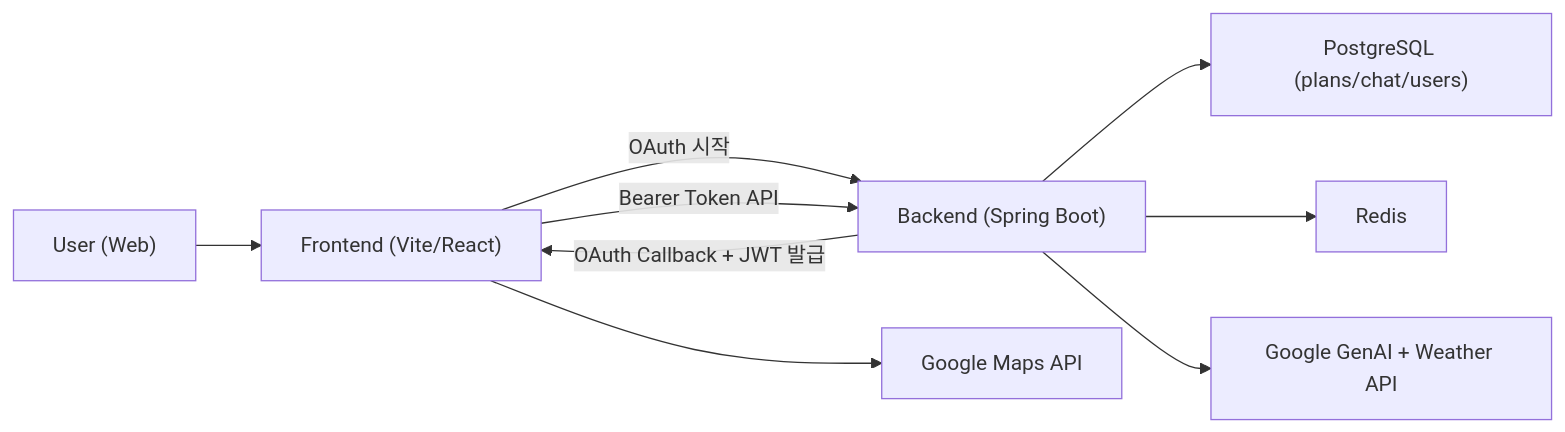
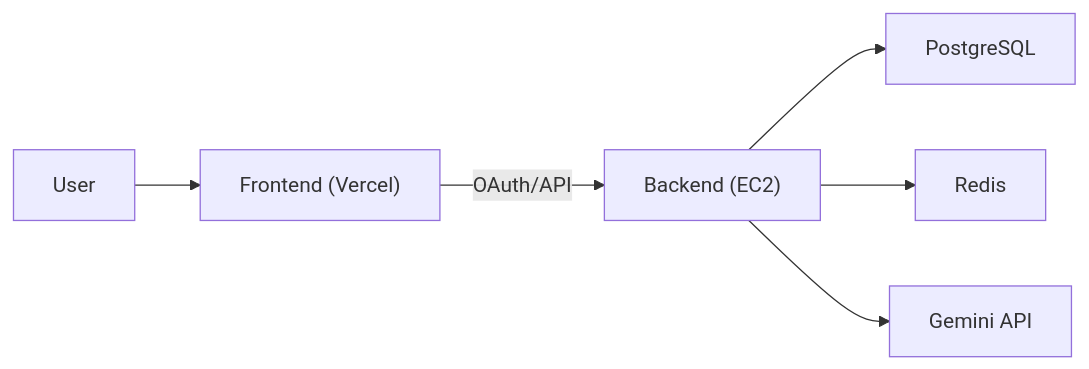
Before and after one commit to KHSBE/KHSBE-AIT: the diagram in README.md, drawn with Mermaid. The commit also changed other lines of this file and 6 other files, not shown here.

````diff
--- a/README.md
+++ b/README.md
@@ -48,11 +26,8 @@
 ```mermaid
 flowchart LR
-    U["User (Web)"] --> F["Frontend (Vite/React)"]
-    F -->|OAuth 시작| B["Backend (Spring Boot)"]
-    B -->|OAuth Callback + JWT 발급| F
-    F -->|Bearer Token API| B
-    B --> D["PostgreSQL (plans/chat/users)"]
+    U["User"] --> F["Frontend (Vercel)"]
+    F -->|OAuth/API| B["Backend (EC2)"]
+    B --> DB["PostgreSQL"]
     B --> R["Redis"]
-    B --> A["Google GenAI + Weather API"]
-    F --> M["Google Maps API"]
+    B --> G["Gemini API"]
 ```
````
